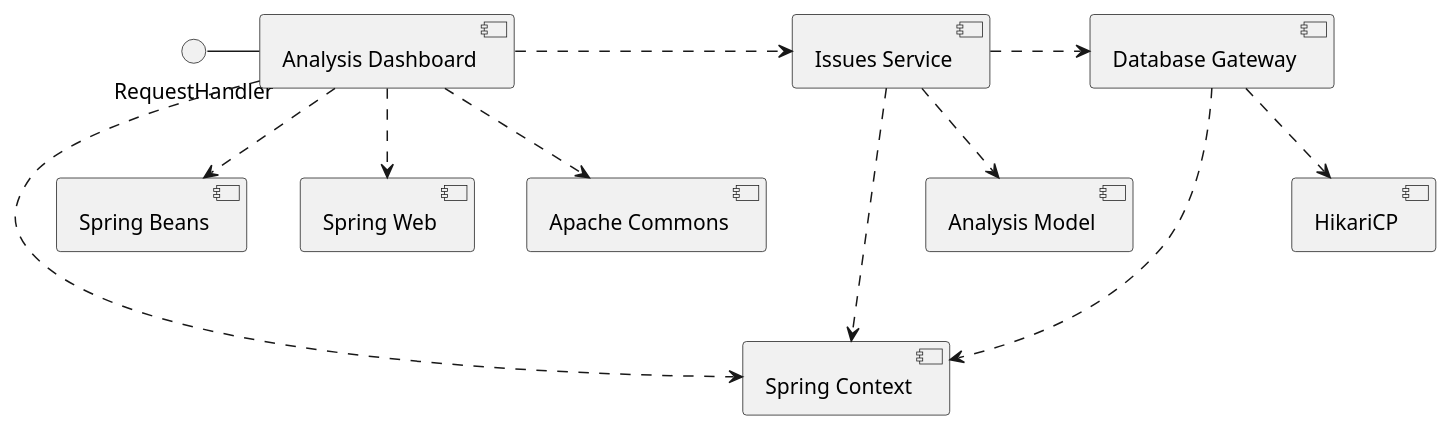
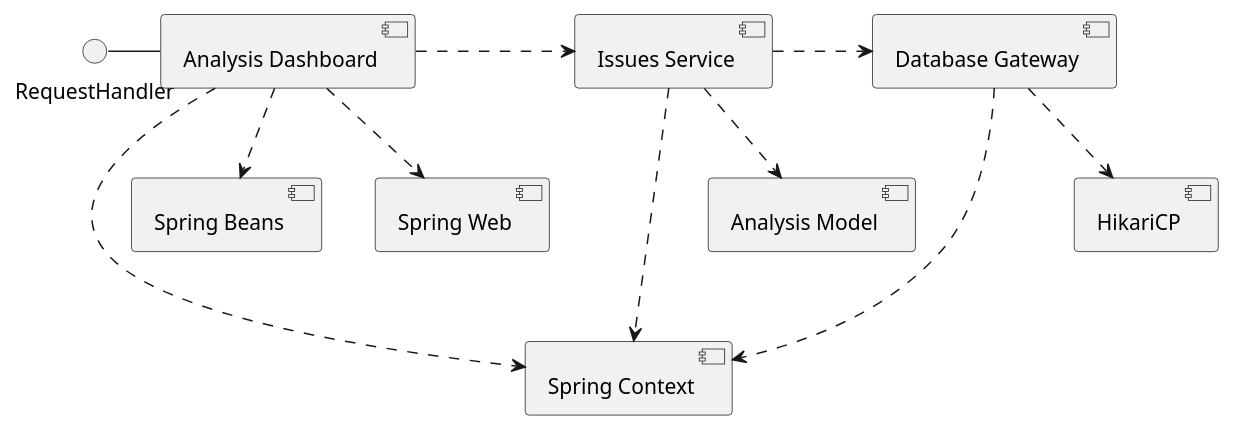
The diagram in doc/dependencies.puml (uhafner/static-analysis-dashboard), drawn with PlantUML before and after one commit. The commit also changed 8 other files, not shown here.

```diff
--- a/doc/dependencies.puml
+++ b/doc/dependencies.puml
@@ -1,19 +1,18 @@
 @startuml
 
 skinparam componentStyle uml2
 
 RequestHandler - [Analysis Dashboard]
 [Analysis Dashboard] -..> [Spring Context]
 [Analysis Dashboard] ..> [Spring Beans]
 [Analysis Dashboard] ..> [Spring Web]
-[Analysis Dashboard] ..> [Apache Commons]
 
 [Analysis Dashboard] .> [Issues Service]
 [Issues Service] -..> [Spring Context]
 [Issues Service] ..> [Analysis Model]
 
 [Issues Service] .> [Database Gateway]
 [Database Gateway]..> [HikariCP]
 [Database Gateway] -..> [Spring Context]
 
 @enduml
```
